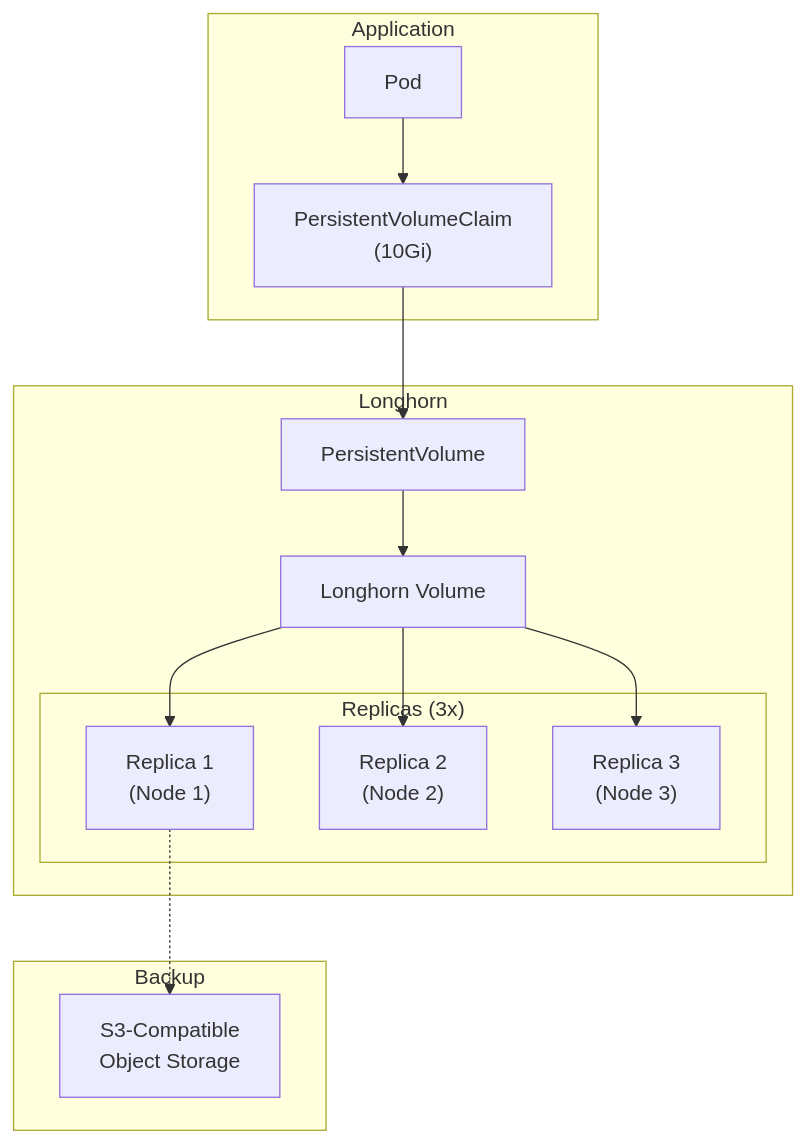
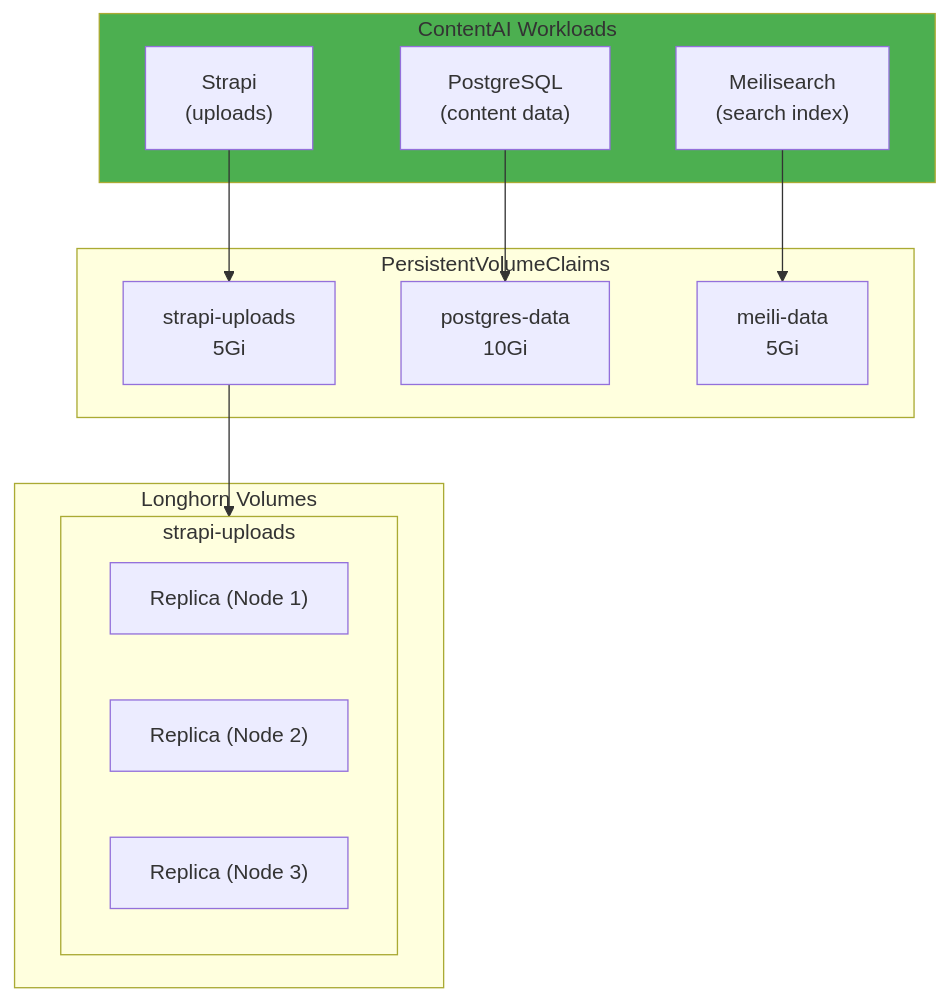
The ninth of 11 diagrams in DevOps/02-Engineering/04-Container-Orchestration.md (PearlThoughtsInternship/Internship-Obsidian-Vault), drawn with Mermaid before and after one commit. The commit also changed other lines of this file and 1 other file, not shown here.

First line of the commit message:
docs: Container orchestration & GitOps with ContentAI product context

````diff
--- a/DevOps/02-Engineering/04-Container-Orchestration.md
+++ b/DevOps/02-Engineering/04-Container-Orchestration.md
@@ -422,29 +571,28 @@
 ```mermaid
 flowchart TB
-    subgraph App["Application"]
-        Pod["Pod"]
-        PVC["PersistentVolumeClaim\n(10Gi)"]
-        Pod --> PVC
+    subgraph ContentAI["ContentAI Workloads"]
+        Strapi["Strapi\n(uploads)"]
+        Postgres["PostgreSQL\n(content data)"]
+        Meili["Meilisearch\n(search index)"]
     end
 
-    subgraph Longhorn["Longhorn"]
-        PV["PersistentVolume"]
-        Vol["Longhorn Volume"]
-        PVC --> PV --> Vol
-
-        subgraph Replicas["Replicas (3x)"]
-            R1["Replica 1\n(Node 1)"]
-            R2["Replica 2\n(Node 2)"]
-            R3["Replica 3\n(Node 3)"]
-        end
-
-        Vol --> R1
-        Vol --> R2
-        Vol --> R3
+    subgraph Claims["PersistentVolumeClaims"]
+        PVC1["strapi-uploads\n5Gi"]
+        PVC2["postgres-data\n10Gi"]
+        PVC3["meili-data\n5Gi"]
     end
 
-    subgraph Backup["Backup"]
-        S3["S3-Compatible\nObject Storage"]
-        R1 -.-> S3
+    subgraph Longhorn["Longhorn Volumes"]
+        subgraph V1["strapi-uploads"]
+            R1A["Replica (Node 1)"]
+            R1B["Replica (Node 2)"]
+            R1C["Replica (Node 3)"]
+        end
     end
+
+    Strapi --> PVC1 --> V1
+    Postgres --> PVC2
+    Meili --> PVC3
+
+    style ContentAI fill:#4CAF50
 ```
````
